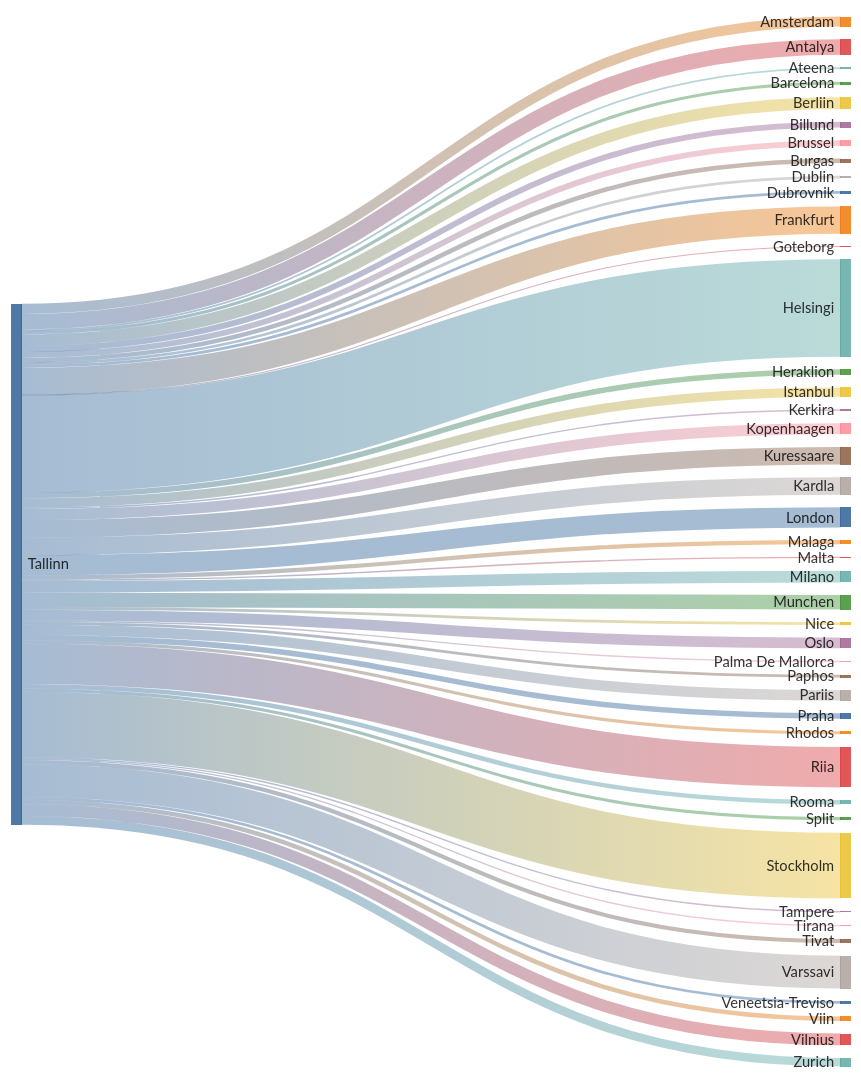
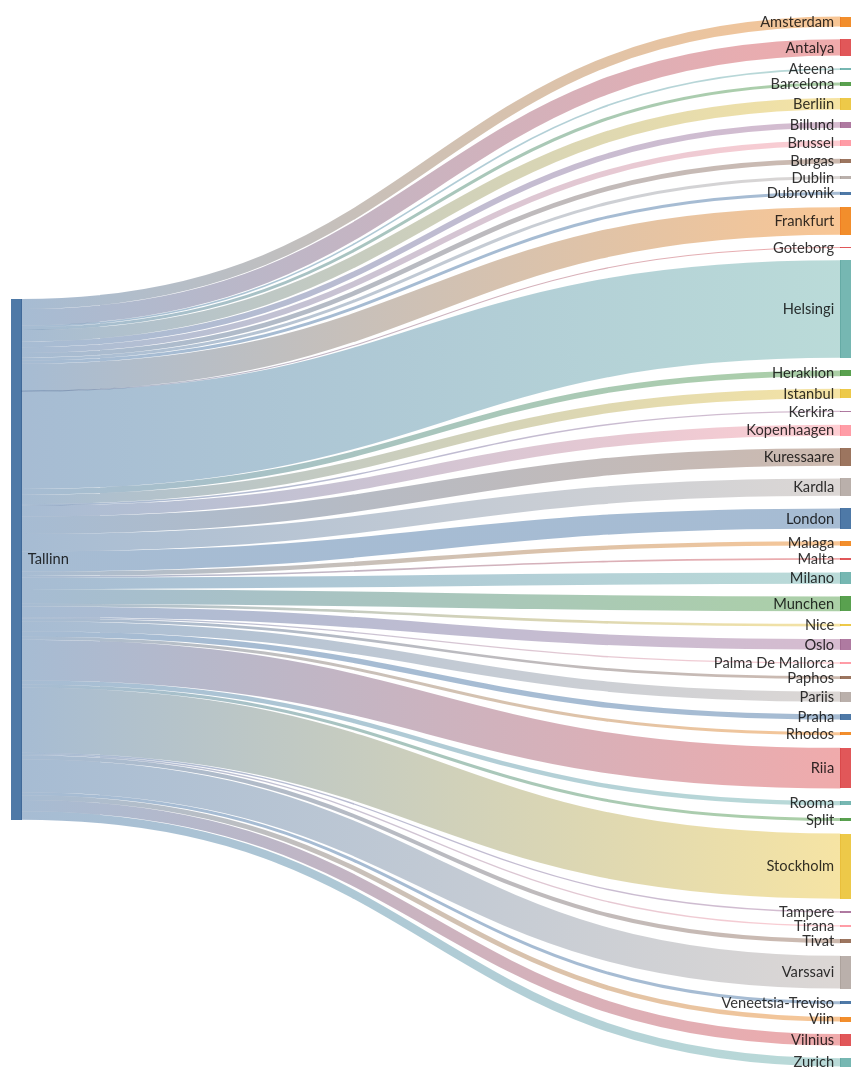
One commit to rainermesi/tll-airport-departures changed the second of 2 diagrams in README.md. Above: the diagram before and after it, drawn with Mermaid. The commit also changed other lines of this file, not shown here.

````diff
--- a/README.md
+++ b/README.md
@@ -34,56 +34,56 @@
 ```mermaid
 ---
 config:
   sankey:
     showValues: false
     width: 800
     height: 1000
 ---
 sankey-beta
 %% source,target,value
-Tallinn,Amsterdam,29
-Tallinn,Antalya,45
+Tallinn,Amsterdam,30
+Tallinn,Antalya,49
 Tallinn,Ateena,5
 Tallinn,Barcelona,9
 Tallinn,Berliin,34
 Tallinn,Billund,17
 Tallinn,Brussel,17
-Tallinn,Burgas,13
-Tallinn,Dublin,8
-Tallinn,Dubrovnik,8
-Tallinn,Frankfurt,79
+Tallinn,Burgas,14
+Tallinn,Dublin,9
+Tallinn,Dubrovnik,9
+Tallinn,Frankfurt,82
 Tallinn,Goteborg,1
-Tallinn,Helsingi,282
-Tallinn,Heraklion,16
-Tallinn,Istanbul,27
+Tallinn,Helsingi,291
+Tallinn,Heraklion,17
+Tallinn,Istanbul,28
 Tallinn,Kerkira,4
-Tallinn,Kopenhaagen,32
-Tallinn,Kuressaare,51
-Tallinn,Kardla,51
-Tallinn,London,58
-Tallinn,Malaga,12
-Tallinn,Malta,4
+Tallinn,Kopenhaagen,33
+Tallinn,Kuressaare,52
+Tallinn,Kardla,52
+Tallinn,London,60
+Tallinn,Malaga,13
+Tallinn,Malta,5
 Tallinn,Milano,34
-Tallinn,Munchen,42
+Tallinn,Munchen,44
 Tallinn,Nice,8
-Tallinn,Oslo,31
+Tallinn,Oslo,32
 Tallinn,Palma De Mallorca,4
 Tallinn,Paphos,8
 Tallinn,Pariis,30
 Tallinn,Praha,16
 Tallinn,Rhodos,9
-Tallinn,Riia,117
+Tallinn,Riia,121
 Tallinn,Rooma,13
 Tallinn,Split,9
-Tallinn,Stockholm,190
+Tallinn,Stockholm,194
 Tallinn,Tampere,4
 Tallinn,Tirana,4
 Tallinn,Tivat,12
-Tallinn,Varssavi,95
-Tallinn,Veneetsia-Treviso,8
-Tallinn,Viin,13
+Tallinn,Varssavi,98
+Tallinn,Veneetsia-Treviso,9
+Tallinn,Viin,14
 Tallinn,Vilnius,34
 Tallinn,Zurich,25
 
 
 ```
````
